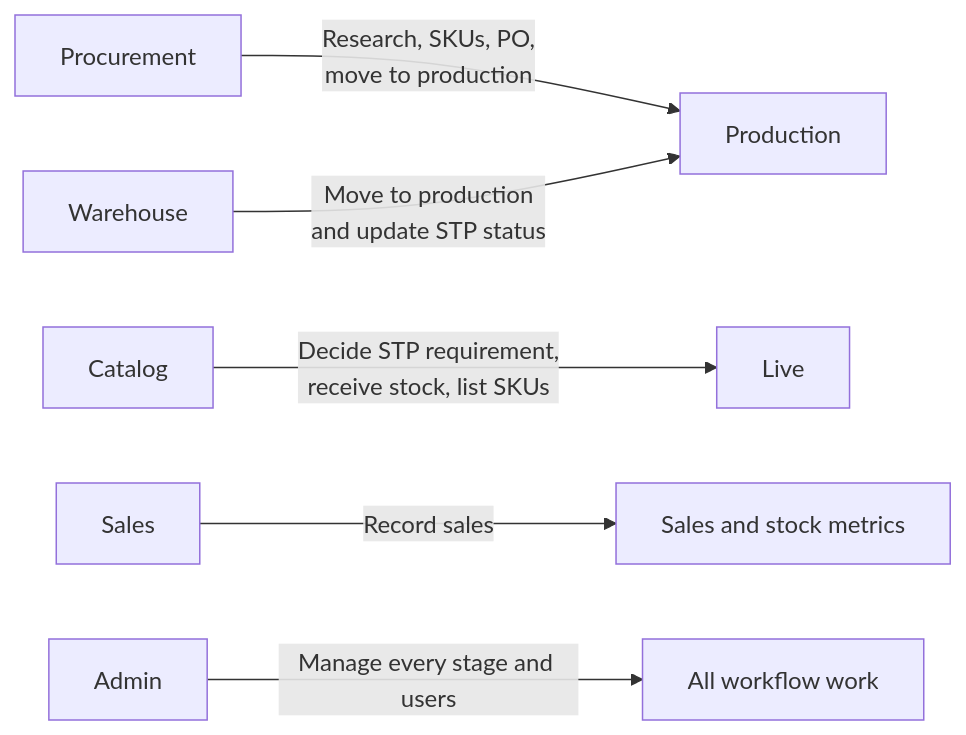
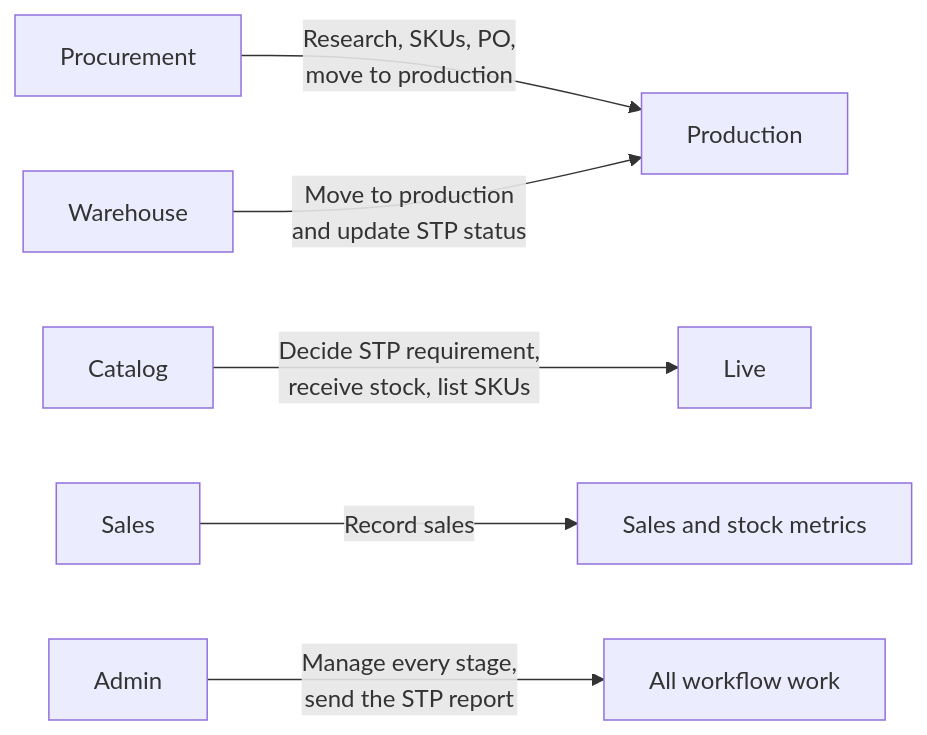
The third of 7 diagrams in README.md (pethupraveen/procurement-tracker), drawn with Mermaid before and after one commit. The commit also changed other lines of this file and 6 other files, not shown here.

```diff
--- a/README.md
+++ b/README.md
@@ -68,8 +68,8 @@
 ~~~mermaid
 flowchart LR
     Procurement[Procurement] -->|Research, SKUs, PO,<br/>move to production| Production[Production]
     Warehouse[Warehouse] -->|Move to production<br/>and update STP status| Production[Production]
     Catalog[Catalog] -->|Decide STP requirement,<br/>receive stock, list SKUs| Live[Live]
     Sales[Sales] -->|Record sales| Metrics[Sales and stock metrics]
-    Admin[Admin] -->|Manage every stage and users| All[All workflow work]
+    Admin[Admin] -->|Manage every stage,<br/>send the STP report| All[All workflow work]
 ~~~
```
